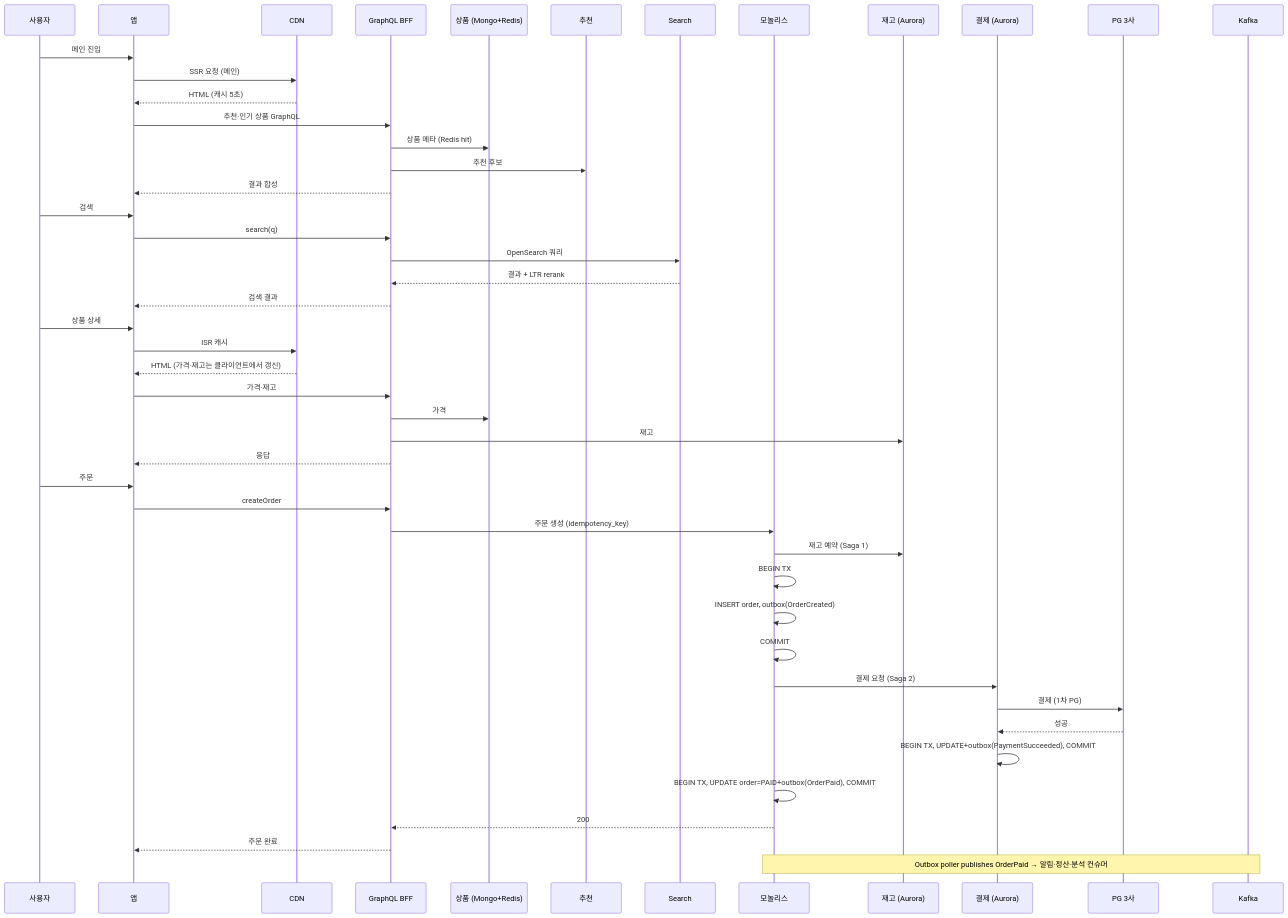
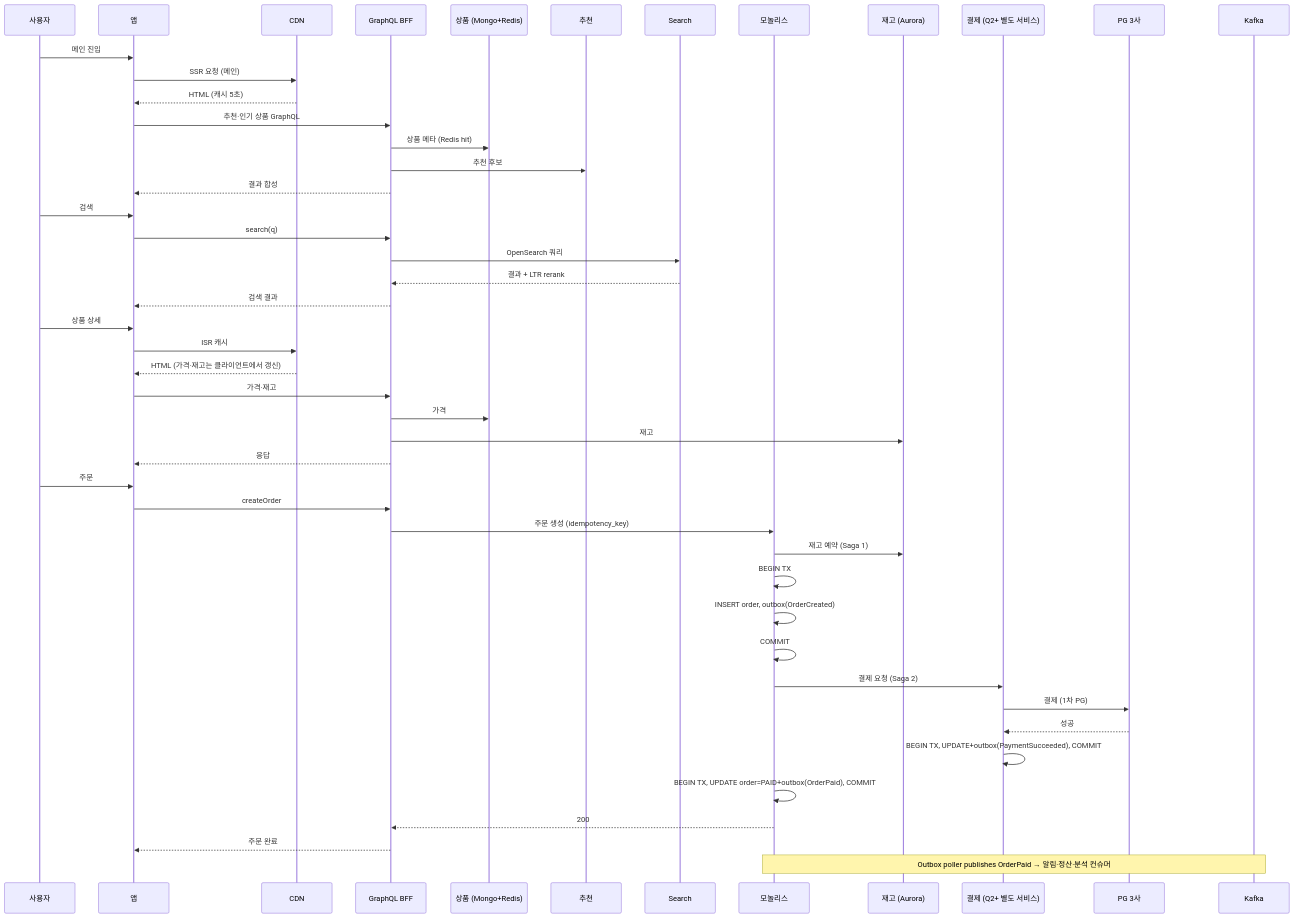
One commit to ximhear/architect-book changed the third of 4 diagrams in manuscript/08-종합-케이스-스터디/README.md. Above: the diagram before and after it, drawn with Mermaid. The commit also changed other lines of this file and 9 other files, not shown here.

````diff
--- a/manuscript/08-종합-케이스-스터디/README.md
+++ b/manuscript/08-종합-케이스-스터디/README.md
@@ -178,53 +184,53 @@
 ```mermaid
 sequenceDiagram
     participant U as 사용자
     participant A as 앱
     participant CDN
     participant BFF as GraphQL BFF
     participant Cat as 상품 (Mongo+Redis)
     participant Rec as 추천
     participant Search
     participant Mono as 모놀리스
     participant Inv as 재고 (Aurora)
-    participant Pay as 결제 (Aurora)
+    participant Pay as 결제 (Q2+ 별도 서비스)
     participant PG as PG 3사
     participant K as Kafka
 
     U->>A: 메인 진입
     A->>CDN: SSR 요청 (메인)
     CDN-->>A: HTML (캐시 5초)
     A->>BFF: 추천·인기 상품 GraphQL
     BFF->>Cat: 상품 메타 (Redis hit)
     BFF->>Rec: 추천 후보
     BFF-->>A: 결과 합성
 
     U->>A: 검색
     A->>BFF: search(q)
     BFF->>Search: OpenSearch 쿼리
     Search-->>BFF: 결과 + LTR rerank
     BFF-->>A: 검색 결과
 
     U->>A: 상품 상세
     A->>CDN: ISR 캐시
     CDN-->>A: HTML (가격·재고는 클라이언트에서 갱신)
     A->>BFF: 가격·재고
     BFF->>Cat: 가격
     BFF->>Inv: 재고
     BFF-->>A: 응답
 
     U->>A: 주문
     A->>BFF: createOrder
     BFF->>Mono: 주문 생성 (idempotency_key)
     Mono->>Inv: 재고 예약 (Saga 1)
     Mono->>Mono: BEGIN TX
     Mono->>Mono: INSERT order, outbox(OrderCreated)
     Mono->>Mono: COMMIT
     Mono->>Pay: 결제 요청 (Saga 2)
     Pay->>PG: 결제 (1차 PG)
     PG-->>Pay: 성공
     Pay->>Pay: BEGIN TX, UPDATE+outbox(PaymentSucceeded), COMMIT
     Mono->>Mono: BEGIN TX, UPDATE order=PAID+outbox(OrderPaid), COMMIT
     Mono-->>BFF: 200
     BFF-->>A: 주문 완료
     Note over Mono,K: Outbox poller publishes OrderPaid → 알림·정산·분석 컨슈머
 ```
````
